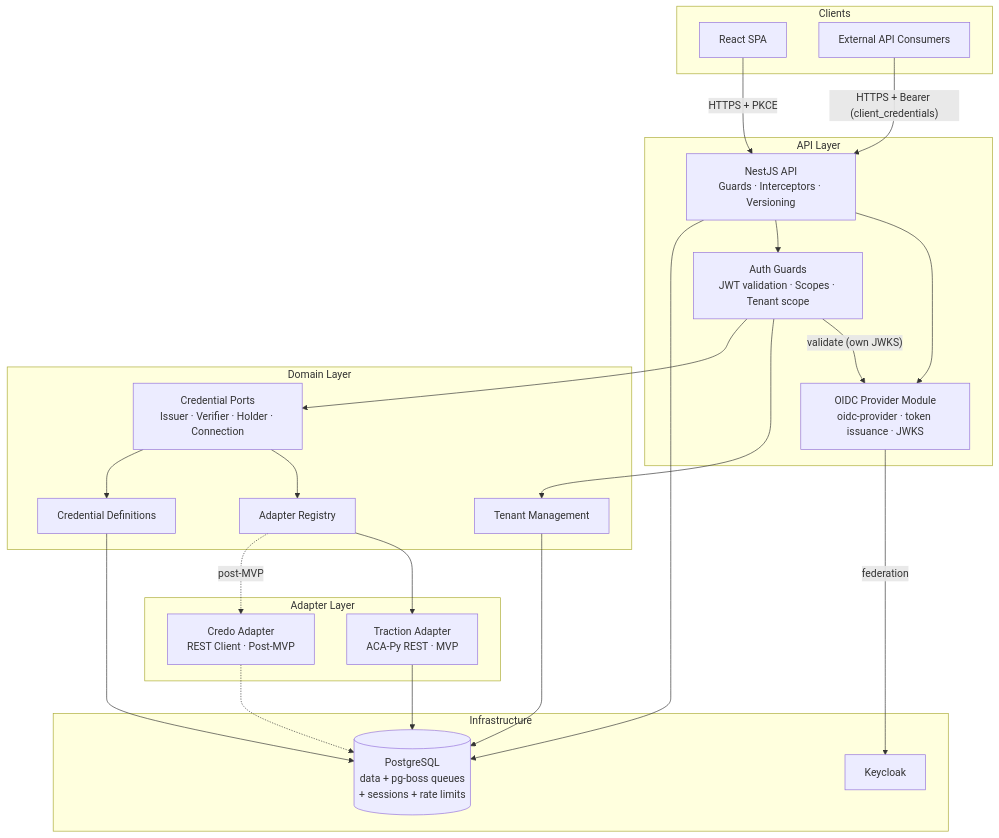
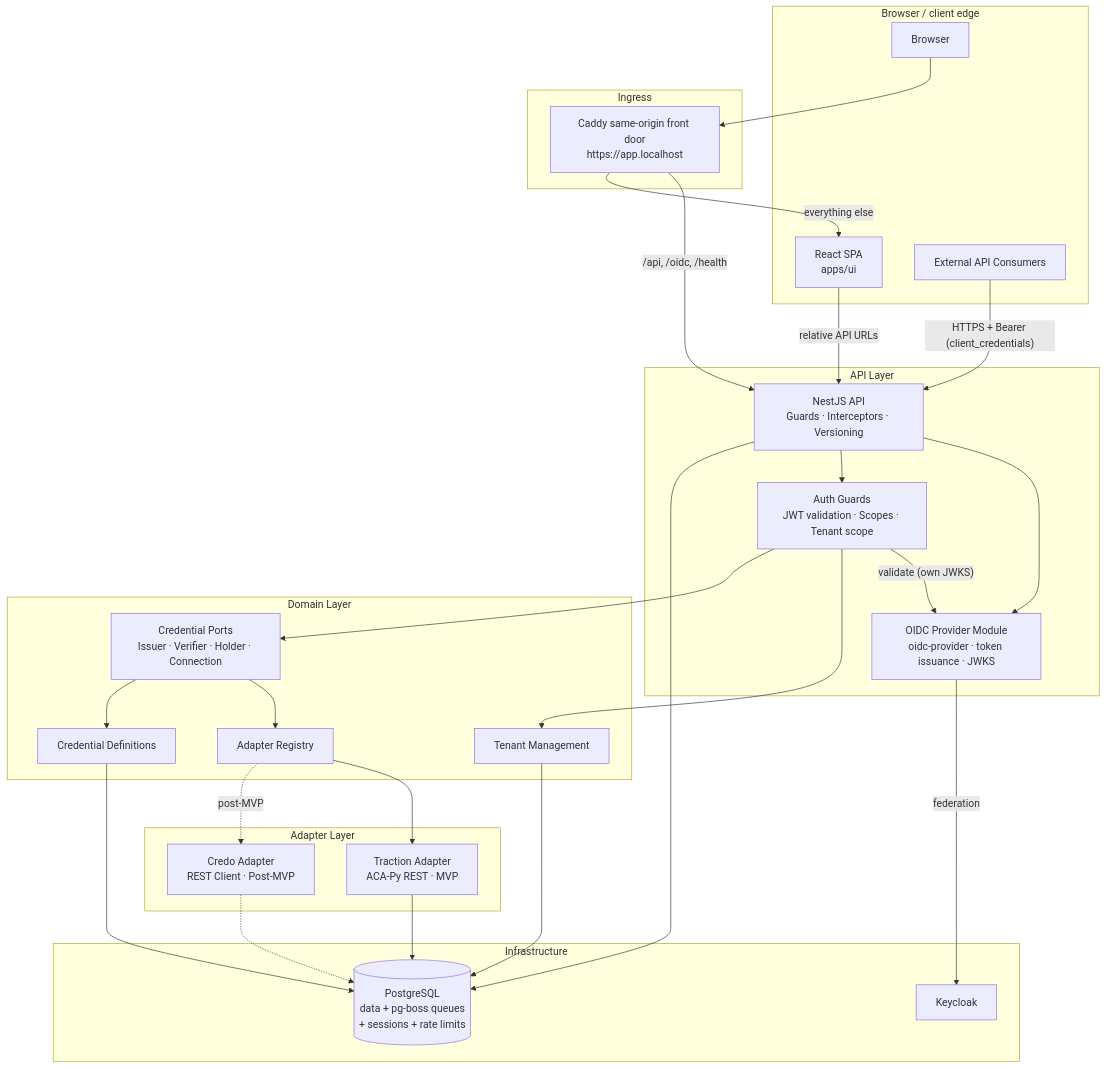
One commit to bcgov/digital-trust-common-service changed the second of 22 diagrams in docs/ARCHITECTURE.md. Above: the diagram before and after it, drawn with Mermaid. The commit also changed other lines of this file and 2 other files, not shown here.

First line of the commit message:
docs(architecture): update UI and Caddy topology (#202)

````diff
--- a/docs/ARCHITECTURE.md
+++ b/docs/ARCHITECTURE.md
@@ -54,48 +67,56 @@
 ```mermaid
 graph TB
-    subgraph "Clients"
-        UI[React SPA]
+    subgraph "Browser / client edge"
+        BROWSER[Browser]
+        UI[React SPA<br/>apps/ui]
         EXT[External API Consumers]
+    end
+
+    subgraph "Ingress"
+        CADDY[Caddy same-origin front door<br/>https://app.localhost]
     end
 
     subgraph "API Layer"
         GW[NestJS API<br/>Guards · Interceptors · Versioning]
         OIDC[OIDC Provider Module<br/>oidc-provider · token issuance · JWKS]
         AUTH[Auth Guards<br/>JWT validation · Scopes · Tenant scope]
     end
 
     subgraph "Domain Layer"
         TM[Tenant Management]
         PORTS[Credential Ports<br/>Issuer · Verifier · Holder · Connection]
         REG[Adapter Registry]
         CR[Credential Definitions]
     end
 
     subgraph "Adapter Layer"
         TRAX[Traction Adapter<br/>ACA-Py REST · MVP]
         CREDO[Credo Adapter<br/>REST Client · Post-MVP]
     end
 
     subgraph "Infrastructure"
         PG[(PostgreSQL<br/>data + pg-boss queues<br/>+ sessions + rate limits)]
         KC[Keycloak]
     end
 
-    UI -->|"HTTPS + PKCE"| GW
+    BROWSER --> CADDY
+    CADDY -->|"/api, /oidc, /health"| GW
+    CADDY -->|"everything else"| UI
+    UI -->|"relative API URLs"| GW
     EXT -->|"HTTPS + Bearer (client_credentials)"| GW
     GW --> OIDC
     GW --> AUTH
     OIDC -->|federation| KC
     AUTH -->|"validate (own JWKS)"| OIDC
     AUTH --> TM
     AUTH --> PORTS
     PORTS --> REG
     REG --> TRAX
     REG -.->|post-MVP| CREDO
     PORTS --> CR
     TM --> PG
     CR --> PG
     TRAX --> PG
     CREDO -.-> PG
     GW --> PG
 ```
````
